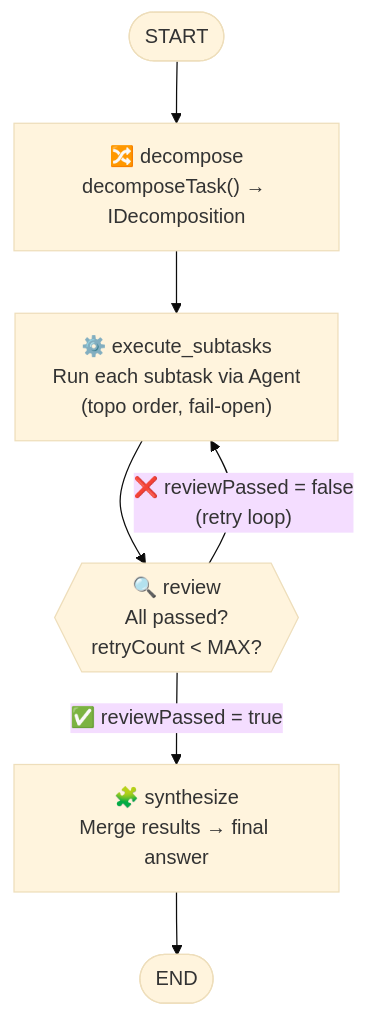
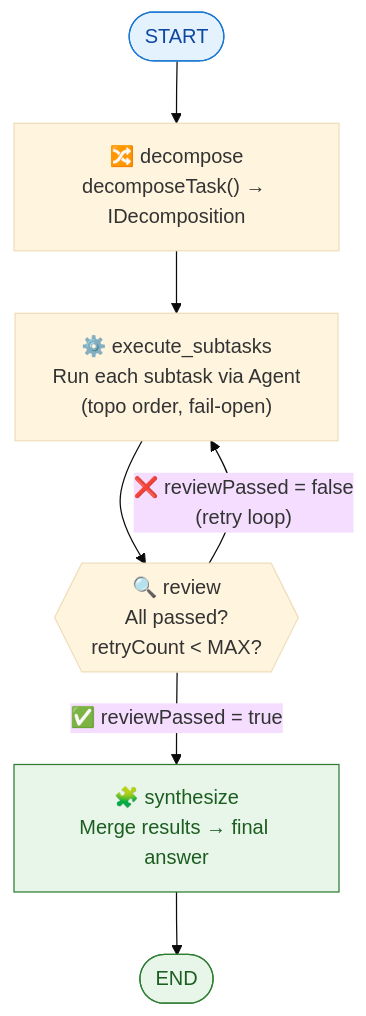
One commit to Guebbit/AI-coding-assistant changed the diagram in docs/packages/orchestrator.md. Above: the diagram before and after it, drawn with Mermaid (base theme). The commit also changed 54 other files, not shown here.

First line of the commit message:
docs: add mermaid diagrams to quickstart & ollama-notes, color-code all flowcharts

````diff
--- a/docs/packages/orchestrator.md
+++ b/docs/packages/orchestrator.md
@@ -23,16 +23,19 @@
 ```mermaid
 flowchart TD
     START([START]) --> decompose
 
     decompose["🔀 decompose\ndecomposeTask() → IDecomposition"]
     execute["⚙️ execute_subtasks\nRun each subtask via Agent\n(topo order, fail-open)"]
     review{{"🔍 review\nAll passed?\nretryCount < MAX?"}}
     synthesize["🧩 synthesize\nMerge results → final answer"]
     DONE([END])
 
     decompose --> execute
     execute --> review
     review -->|"✅ reviewPassed = true"| synthesize
     review -->|"❌ reviewPassed = false\n(retry loop)"| execute
     synthesize --> DONE
+    style synthesize fill:#e8f5e9,stroke:#2e7d32,color:#1b5e20
+    style START fill:#e3f2fd,stroke:#1976d2,color:#0d47a1
+    style DONE fill:#e8f5e9,stroke:#2e7d32,color:#1b5e20
 ```
````
